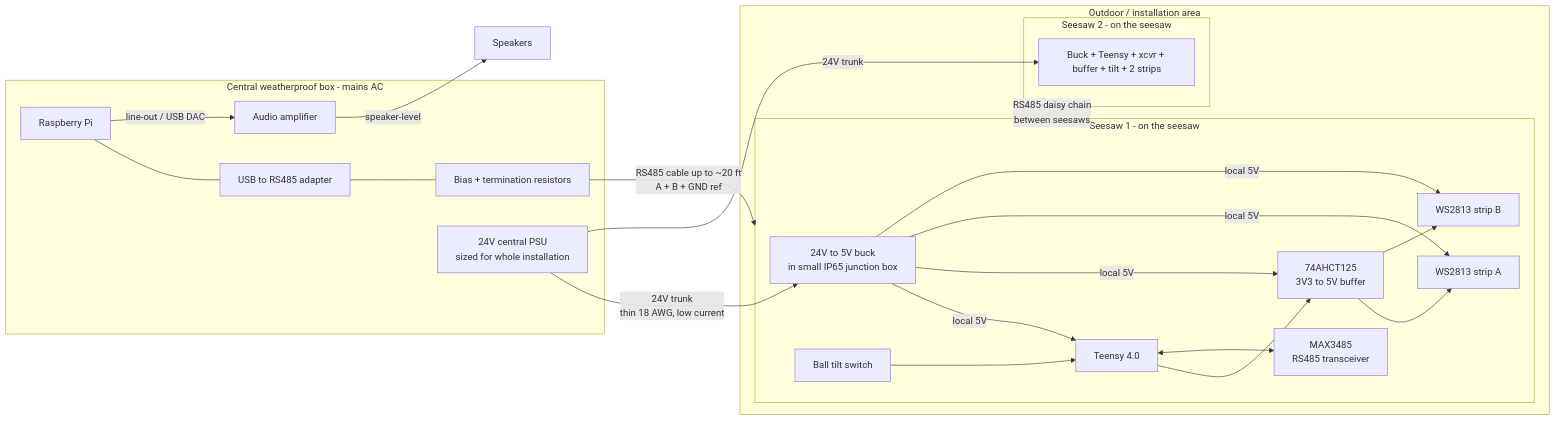
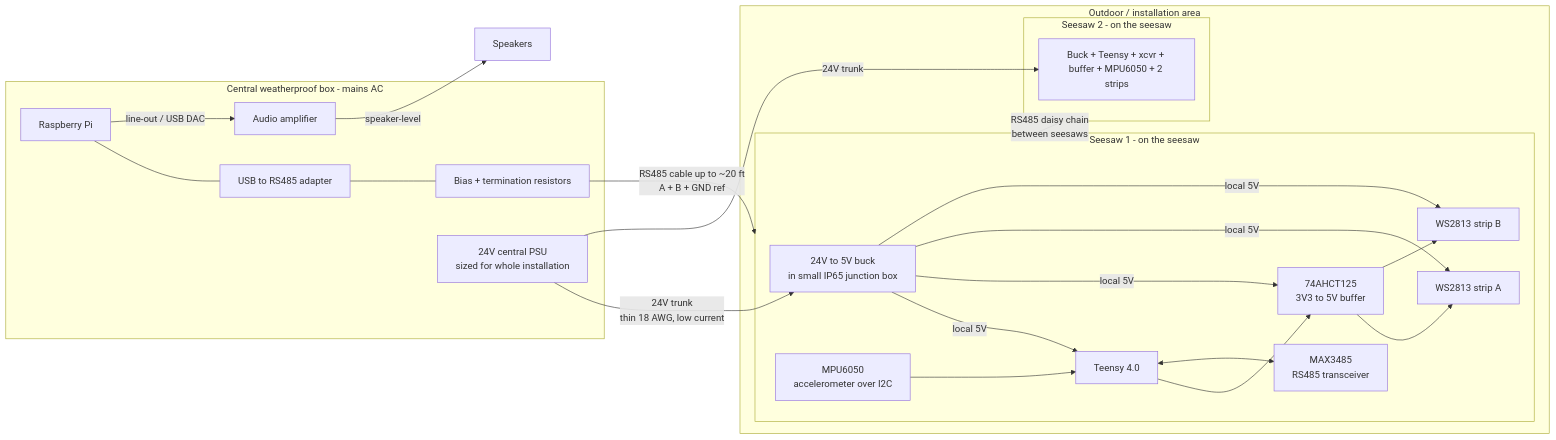
The first of 3 diagrams in README.md (walkerkaiman/Seesaws), drawn with Mermaid before and after one commit. The commit also changed other lines of this file and 3 other files, not shown here.

````diff
--- a/README.md
+++ b/README.md
@@ -9,43 +9,43 @@
 ```mermaid
 flowchart LR
     subgraph Central [Central weatherproof box - mains AC]
         Pi[Raspberry Pi]
         Adapter[USB to RS485 adapter]
         TermBias[Bias + termination resistors]
         Amp[Audio amplifier]
         PSU24[24V central PSU<br/>sized for whole installation]
         Pi --- Adapter --- TermBias
         Pi -->|"line-out / USB DAC"| Amp
     end
 
     subgraph Field [Outdoor / installation area]
         subgraph SS1 [Seesaw 1 - on the seesaw]
             Buck1[24V to 5V buck<br/>in small IP65 junction box]
             T1[Teensy 4.0]
             X1[MAX3485<br/>RS485 transceiver]
             L1[74AHCT125<br/>3V3 to 5V buffer]
-            B1[Ball tilt switch]
+            B1[MPU6050<br/>accelerometer over I2C]
             D1a[WS2813 strip A]
             D1b[WS2813 strip B]
             Buck1 -->|"local 5V"| T1
             Buck1 -->|"local 5V"| L1
             Buck1 -->|"local 5V"| D1a
             Buck1 -->|"local 5V"| D1b
         end
         subgraph SS2 [Seesaw 2 - on the seesaw]
-            Buck2[Buck + Teensy + xcvr + buffer + tilt + 2 strips]
+            Buck2[Buck + Teensy + xcvr + buffer + MPU6050 + 2 strips]
         end
     end
 
     PSU24 -->|"24V trunk<br/>thin 18 AWG, low current"| Buck1
     PSU24 -->|"24V trunk"| Buck2
     TermBias -->|"RS485 cable up to ~20 ft<br/>A + B + GND ref"| SS1
     SS1 ---|"RS485 daisy chain<br/>between seesaws"| SS2
 
     B1 --> T1
     T1 --> L1
     L1 --> D1a
     L1 --> D1b
     T1 <--> X1
     Amp -->|"speaker-level"| Speakers
 ```
````
